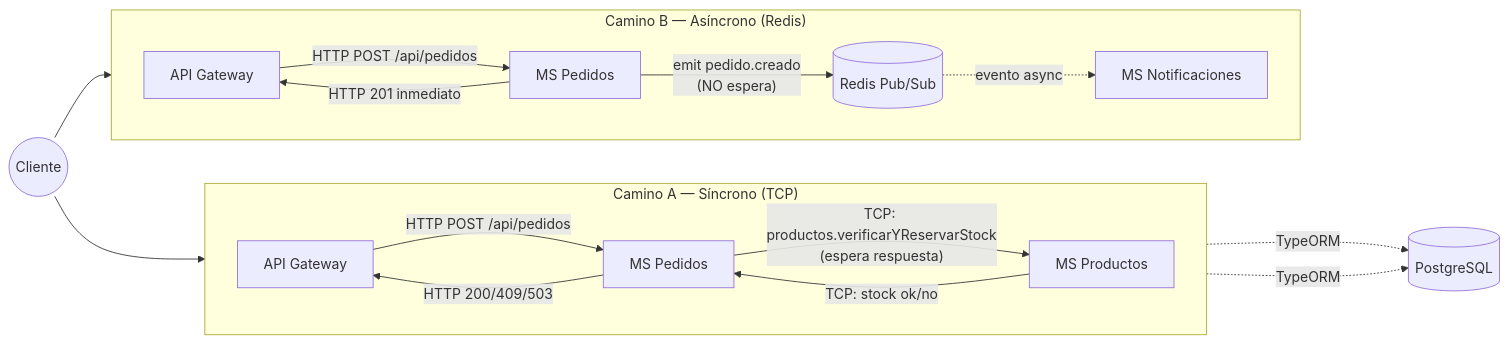
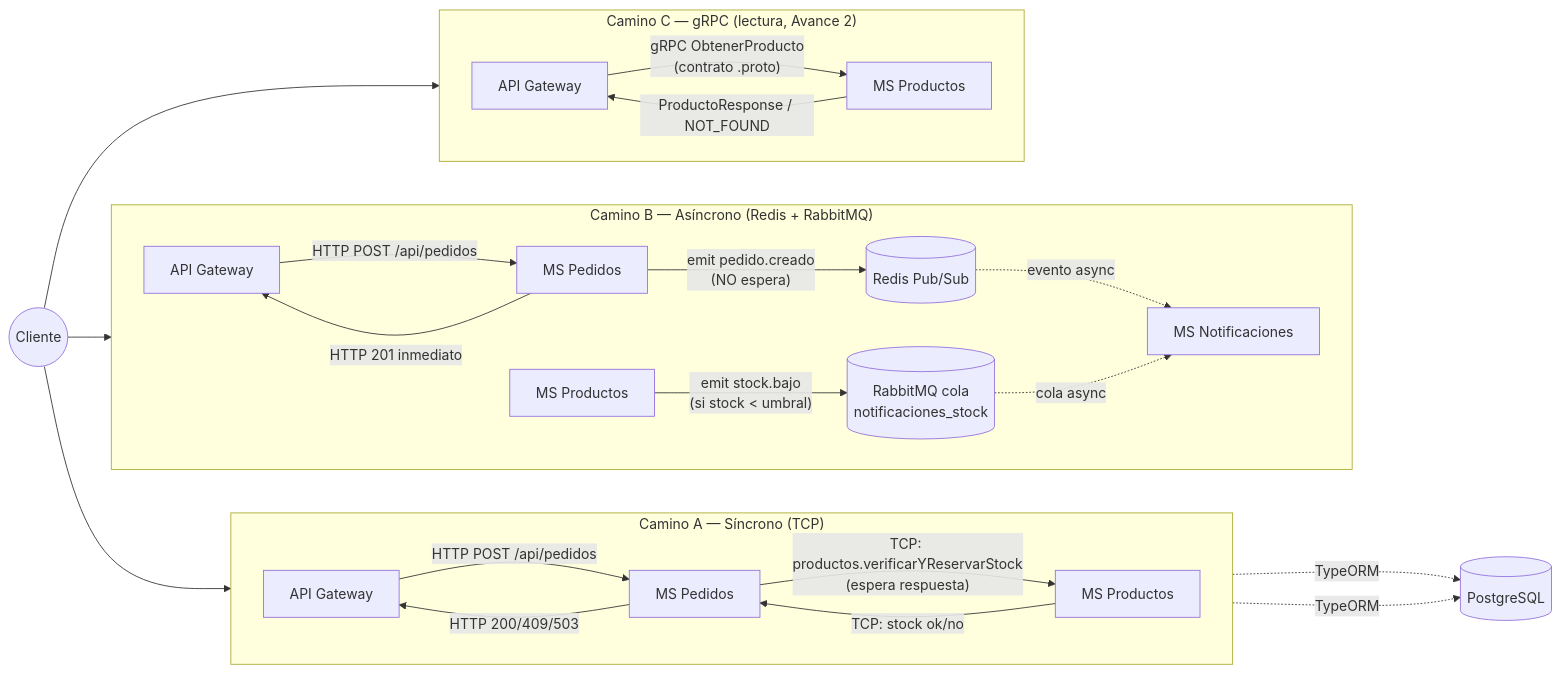
One commit to davidcepeda1/Ecommerce_Distribuidas changed the diagram in README.md. Above: the diagram before and after it, drawn with Mermaid. The commit also changed other lines of this file and 2 other files, not shown here.

Commit message:
docs(readme): documentar Avance 2 (gRPC + RabbitMQ + manejo de excepciones)

````diff
--- a/README.md
+++ b/README.md
@@ -56,33 +61,46 @@
 ```mermaid
 flowchart LR
     Cliente((Cliente))
 
     subgraph Camino_Sincrono["Camino A — Síncrono (TCP)"]
         direction LR
         GW1[API Gateway]
         PED1[MS Pedidos]
         PROD1[MS Productos]
         GW1 -- "HTTP POST /api/pedidos" --> PED1
         PED1 -- "TCP: productos.verificarYReservarStock\n(espera respuesta)" --> PROD1
         PROD1 -- "TCP: stock ok/no" --> PED1
         PED1 -- "HTTP 200/409/503" --> GW1
     end
 
-    subgraph Camino_Asincrono["Camino B — Asíncrono (Redis)"]
+    subgraph Camino_Asincrono["Camino B — Asíncrono (Redis + RabbitMQ)"]
         direction LR
         GW2[API Gateway]
         PED2[MS Pedidos]
+        PROD2[MS Productos]
         REDIS[(Redis Pub/Sub)]
+        RMQ[(RabbitMQ cola\nnotificaciones_stock)]
         NOTIF[MS Notificaciones]
         GW2 -- "HTTP POST /api/pedidos" --> PED2
         PED2 -- "emit pedido.creado\n(NO espera)" --> REDIS
         REDIS -. "evento async" .-> NOTIF
+        PROD2 -- "emit stock.bajo\n(si stock < umbral)" --> RMQ
+        RMQ -. "cola async" .-> NOTIF
         PED2 -- "HTTP 201 inmediato" --> GW2
+    end
+
+    subgraph Camino_gRPC["Camino C — gRPC (lectura, Avance 2)"]
+        direction LR
+        GW3[API Gateway]
+        PROD3[MS Productos]
+        GW3 -- "gRPC ObtenerProducto\n(contrato .proto)" --> PROD3
+        PROD3 -- "ProductoResponse / NOT_FOUND" --> GW3
     end
 
     Cliente --> GW1
     Cliente --> GW2
+    Cliente --> GW3
 
     PROD1 -.->|TypeORM| DB[(PostgreSQL)]
     PED1 -.->|TypeORM| DB
 ```
````
